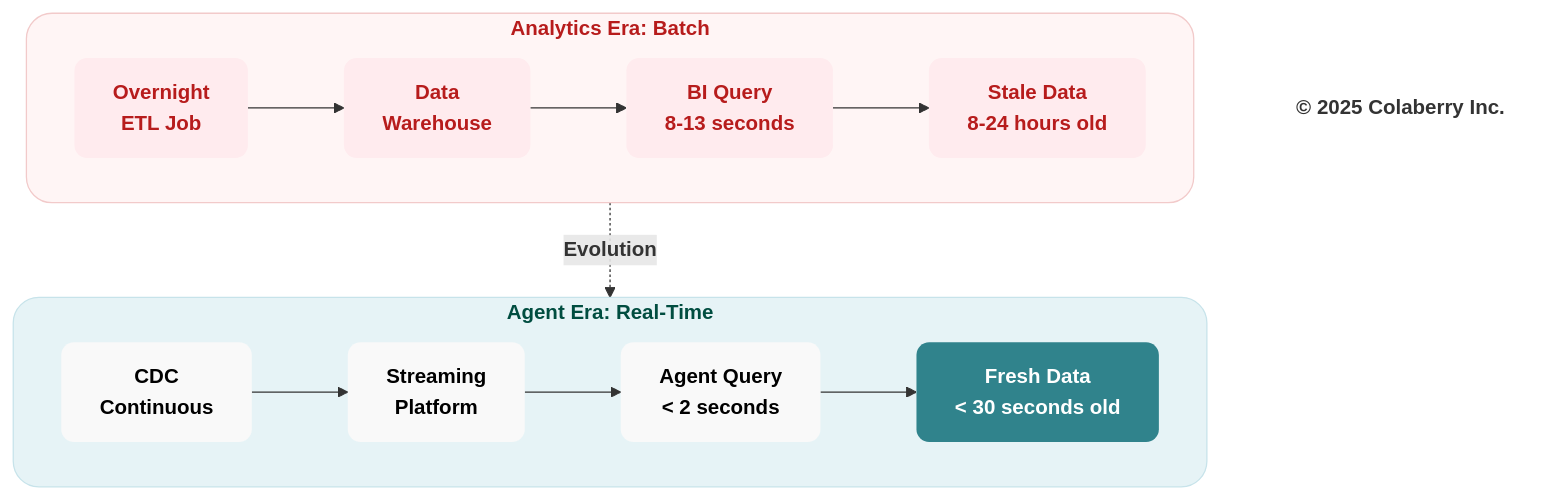
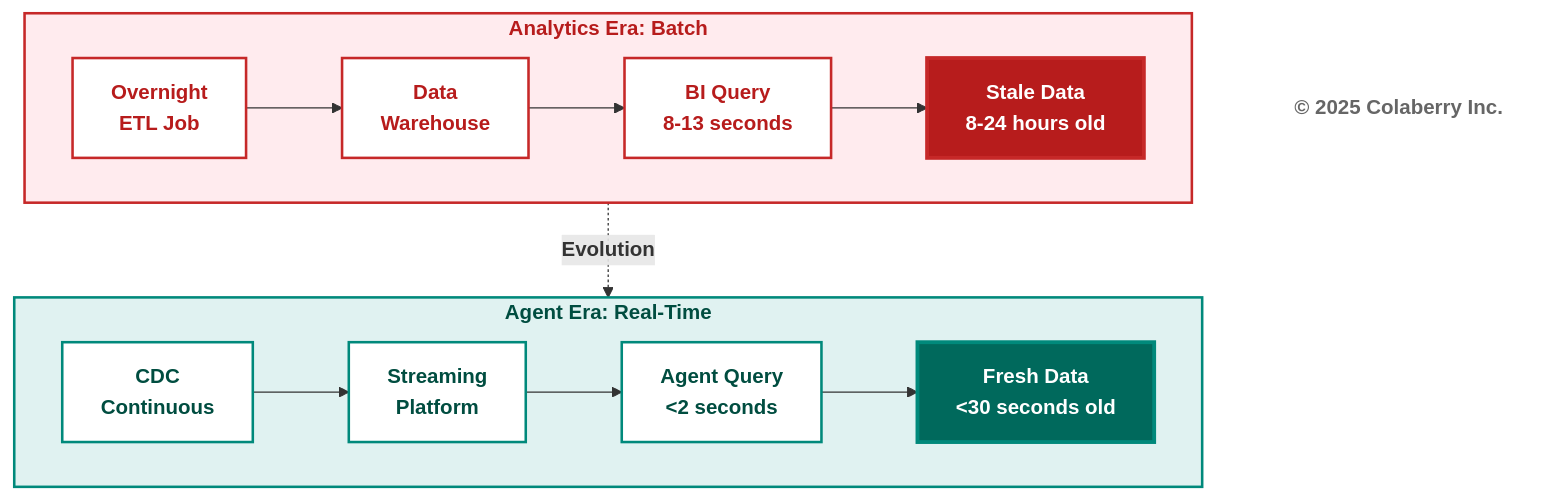
One commit to saitejesh-cyber/trust-before-intelligence-book changed the seventh of 12 diagrams in manuscript/03_chapter_2_inpact_framework.md. Above: the diagram before and after it, drawn with Mermaid. The commit also changed other lines of this file and 12 other files, not shown here.

Commit message:
Restore legacy Mermaid styles for Option 1

````diff
--- a/manuscript/03_chapter_2_inpact_framework.md
+++ b/manuscript/03_chapter_2_inpact_framework.md
@@ -496,40 +473,35 @@
 ```mermaid
 graph TB
     subgraph ERA1["<b>Analytics Era: Batch</b>"]
         direction LR
         A1["<b>Overnight<br/>ETL Job</b>"] --> B1["<b>Data<br/>Warehouse</b>"]
         B1 --> C1["<b>BI Query<br/>8-13 seconds</b>"]
         C1 --> D1["<b>Stale Data<br/>8-24 hours old</b>"]
         
-        %% 🔴 CRITICAL FAILURE
-        style D1 fill:#ffebee,stroke:none,color:#b71c1c,rx:10,ry:10
+        style D1 fill:#b71c1c,color:#ffffff,stroke:#c62828,stroke-width:3px
     end
     
-    %% 🔵 TRANSITION
     ERA1 -.->|<b>Evolution</b>| ERA2
     
     subgraph ERA2["<b>Agent Era: Real-Time</b>"]
         direction LR
         A2["<b>CDC<br/>Continuous</b>"] --> B2["<b>Streaming<br/>Platform</b>"]
-        B2 --> C2["<b>Agent Query<br/>&lt; 2 seconds</b>"]
-        C2 --> D2["<b>Fresh Data<br/>&lt; 30 seconds old</b>"]
+        B2 --> C2["<b>Agent Query<br/>&lt;2 seconds</b>"]
+        C2 --> D2["<b>Fresh Data<br/>&lt;30 seconds old</b>"]
+        
+        style D2 fill:#00695c,color:#ffffff,stroke:#00897b,stroke-width:3px
     end
-
-    %% 🔴 FAILURE / BI ERA
-    style ERA1 fill:#fff5f5,stroke:#f2caca,stroke-width:1px,color:#b71c1c,rx:20,ry:20
-    style A1 fill:#ffebee,stroke:none,color:#b71c1c,rx:10,ry:10
-    style B1 fill:#ffebee,stroke:none,color:#b71c1c,rx:10,ry:10
-    style C1 fill:#ffebee,stroke:none,color:#b71c1c,rx:10,ry:10
-    style D1 fill:#ffebee,stroke:none,color:#b71c1c,rx:10,ry:10
-
-    %% 🟢 TRUSTED / AGENT ERA
-    style ERA2 fill:#e6f3f6,stroke:#c7e3ea,stroke-width:1px,color:#004d40,rx:20,ry:20
-    style A2 fill:#f9f9f9,stroke:none,color:#000000,rx:10,ry:10
-    style B2 fill:#f9f9f9,stroke:none,color:#000000,rx:10,ry:10
-    style C2 fill:#f9f9f9,stroke:none,color:#000000,rx:10,ry:10
-    style D2 fill:#30838C,stroke:none,color:#ffffff,rx:10,ry:10
-
-    %% FOOTER
+    
+    style ERA1 fill:#ffebee,stroke:#c62828,stroke-width:2px,color:#b71c1c
+    style A1 fill:#ffffff,stroke:#c62828,stroke-width:2px,color:#b71c1c
+    style B1 fill:#ffffff,stroke:#c62828,stroke-width:2px,color:#b71c1c
+    style C1 fill:#ffffff,stroke:#c62828,stroke-width:2px,color:#b71c1c
+    
+    style ERA2 fill:#e0f2f1,stroke:#00897b,stroke-width:2px,color:#004d40
+    style A2 fill:#ffffff,stroke:#00897b,stroke-width:2px,color:#004d40
+    style B2 fill:#ffffff,stroke:#00897b,stroke-width:2px,color:#004d40
+    style C2 fill:#ffffff,stroke:#00897b,stroke-width:2px,color:#004d40
+    
     Copyright["<b>© 2025 Colaberry Inc.</b>"]
-    style Copyright fill:none,stroke:none,color:#333333
+    style Copyright fill:#ffffff,stroke:none,color:#666666
 ```
````
